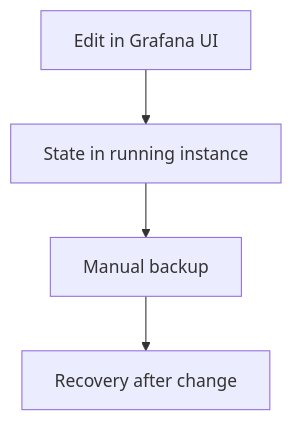
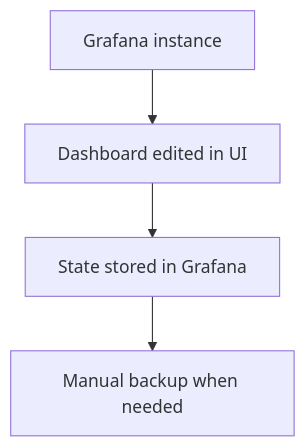
One commit to hanx-hep/28th-junocm-dci changed the second of 6 diagrams in slides.md. Above: the diagram before and after it, drawn with Mermaid. The commit also changed other lines of this file, not shown here.

````diff
--- a/slides.md
+++ b/slides.md
@@ -162,6 +168,6 @@
-```mermaid {scale: 0.46}
+```mermaid {scale: 0.66}
 flowchart TD
-    A[Edit in Grafana UI] --> B[State in running instance]
-    B --> C[Manual backup]
-    C --> D[Recovery after change]
+    A[Grafana instance] --> B[Dashboard edited in UI]
+    B --> C[State stored in Grafana]
+    C --> D[Manual backup when needed]
 ```
````
